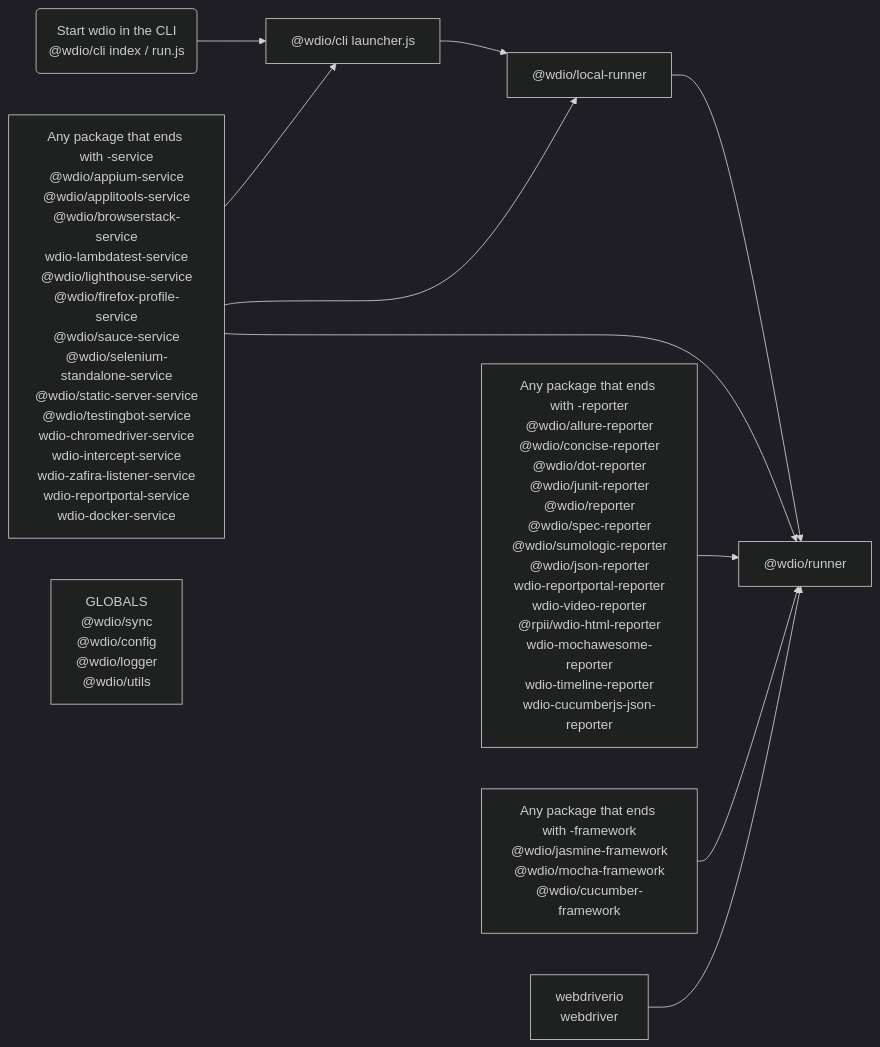
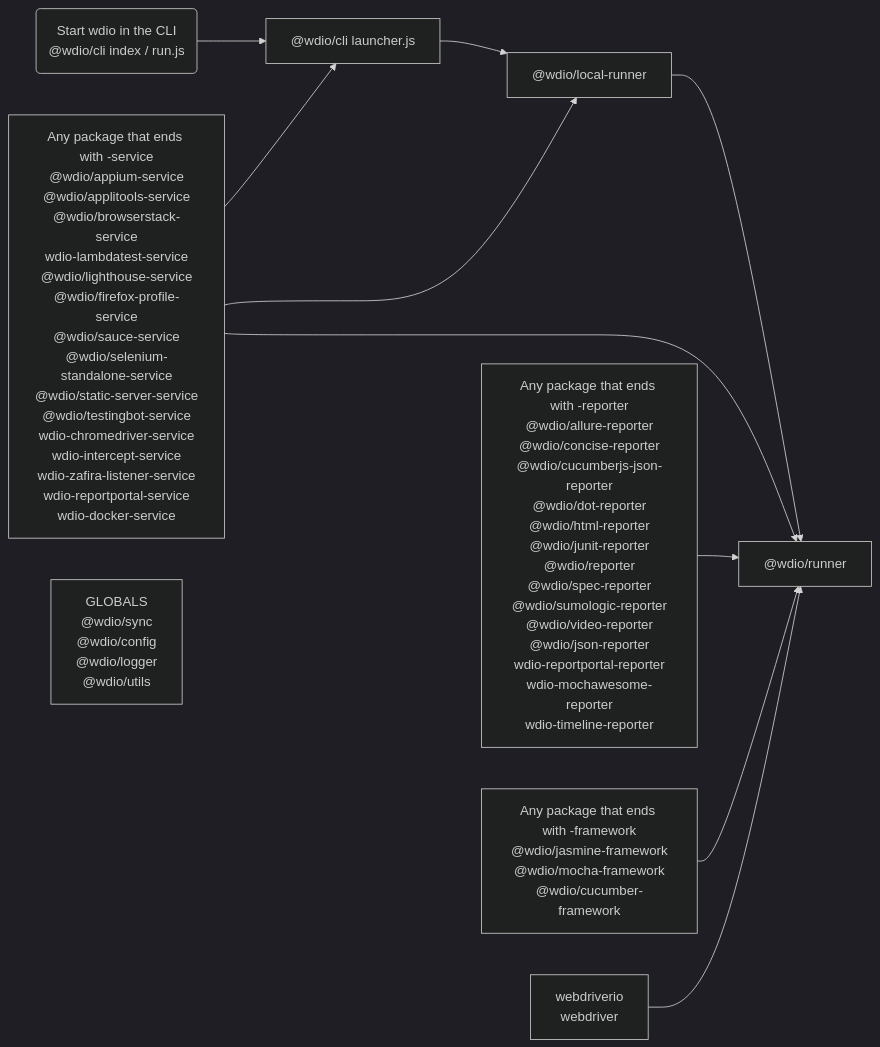
One commit to webdriverio/i18n changed the diagram in ar/docusaurus-plugin-content-docs/current/flowcharts/HighLevelOverview.md. Above: the diagram before and after it, drawn with Mermaid (dark theme). The commit also changed other lines of this file and 336 other files, not shown here.

````diff
--- a/ar/docusaurus-plugin-content-docs/current/flowcharts/HighLevelOverview.md
+++ b/ar/docusaurus-plugin-content-docs/current/flowcharts/HighLevelOverview.md
@@ -8,17 +8,17 @@
 ```mermaid
 graph LR
     START("Start wdio in the CLI<br> @wdio/cli index / run.js")-->
     LAUNCHER["@wdio/cli launcher.js"]-->
     LOCALRUNNER["@wdio/local-runner"]-->
     RUNNER["@wdio/runner"]
     LISTOFSERVICES["Any package that ends with -service<br>@wdio/appium-service<br>@wdio/applitools-service<br>@wdio/browserstack-service<br>wdio-lambdatest-service<br>@wdio/lighthouse-service<br>@wdio/firefox-profile-service<br>@wdio/sauce-service<br>@wdio/selenium-standalone-service<br>@wdio/static-server-service<br>@wdio/testingbot-service<br>wdio-chromedriver-service<br>wdio-intercept-service<br>wdio-zafira-listener-service<br>wdio-reportportal-service<br>wdio-docker-service"]-->
     LAUNCHER
     LISTOFSERVICES-->LOCALRUNNER
     LISTOFSERVICES-->RUNNER
-    REPORTER["Any package that ends with -reporter<br>@wdio/allure-reporter<br>@wdio/concise-reporter<br>@wdio/dot-reporter<br>@wdio/junit-reporter<br>@wdio/reporter<br>@wdio/spec-reporter<br>@wdio/sumologic-reporter<br>@wdio/json-reporter<br>wdio-reportportal-reporter<br>wdio-video-reporter<br>@rpii/wdio-html-reporter<br>wdio-mochawesome-reporter<br>wdio-timeline-reporter<br>wdio-cucumberjs-json-reporter"]-->RUNNER
+    REPORTER["Any package that ends with -reporter<br>@wdio/allure-reporter<br>@wdio/concise-reporter<br>@wdio/cucumberjs-json-reporter<br>@wdio/dot-reporter<br>@wdio/html-reporter<br>@wdio/junit-reporter<br>@wdio/reporter<br>@wdio/spec-reporter<br>@wdio/sumologic-reporter<br>@wdio/video-reporter<br>@wdio/json-reporter<br>wdio-reportportal-reporter<br>wdio-mochawesome-reporter<br>wdio-timeline-reporter"]-->RUNNER
     FRAMEWORK["Any package that ends with -framework<br>@wdio/jasmine-framework<br>@wdio/mocha-framework<br>@wdio/cucumber-framework<br>"]-->
     RUNNER
     WEBDRIVER["webdriverio<br>webdriver"]-->
     RUNNER
     GLOBAL["GLOBALS<br>@wdio/sync<br>@wdio/config<br>@wdio/logger<br>@wdio/utils"]
 ```
````
